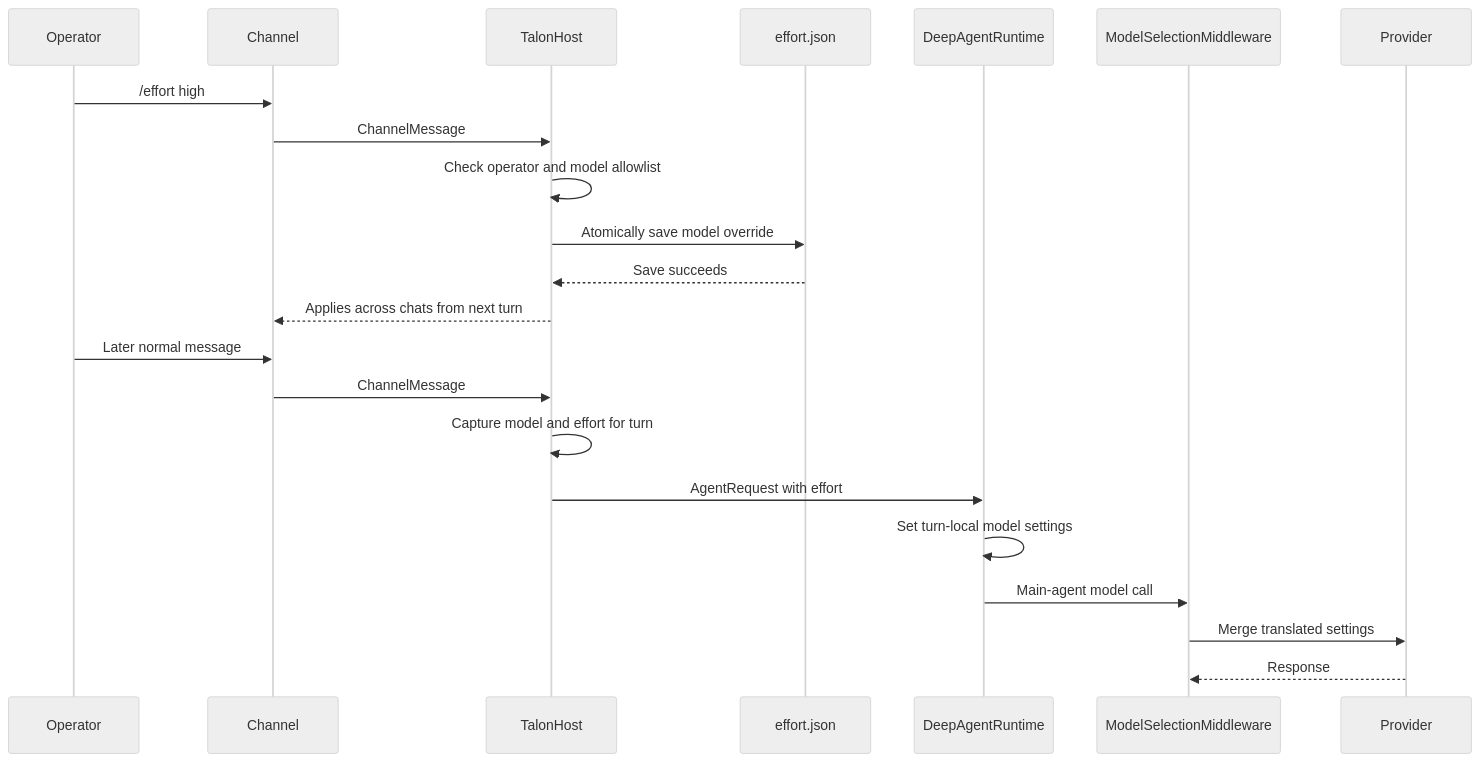
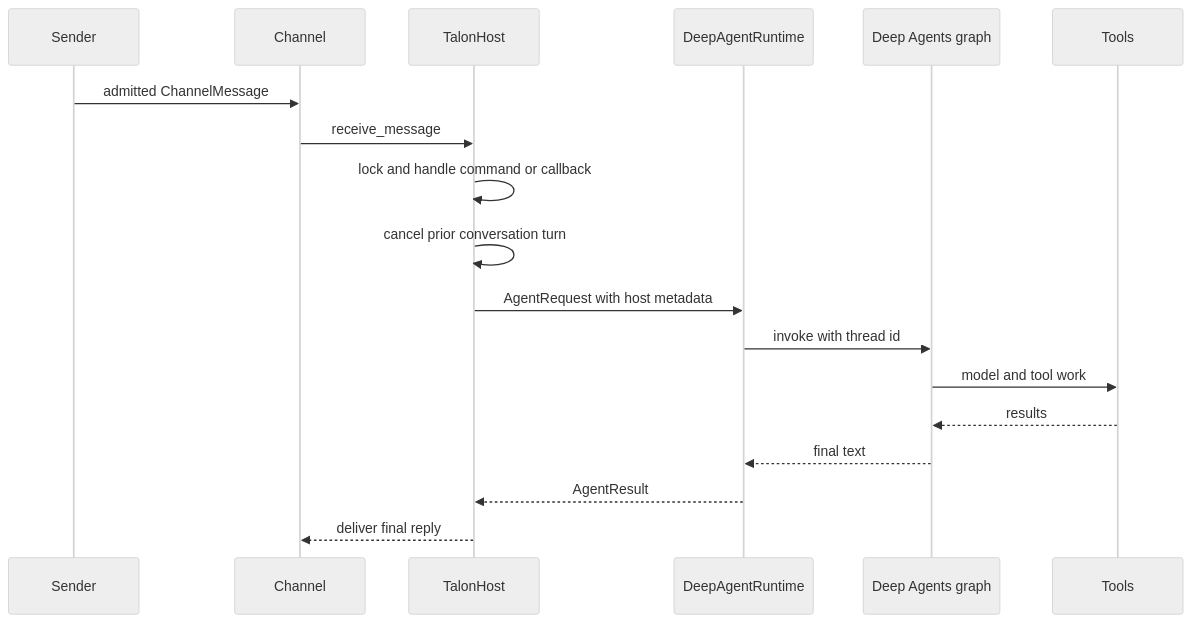
The diagram in openwiki/integrations/talon.md (langchain-ai/deepagents), drawn with Mermaid (neutral theme) before and after one commit. The commit also changed other lines of this file and 19 other files, not shown here.

````diff
--- a/openwiki/integrations/talon.md
+++ b/openwiki/integrations/talon.md
@@ -70,25 +49,21 @@
 ```mermaid
 sequenceDiagram
-    participant Operator
+    participant Sender
     participant Channel
     participant Host as TalonHost
-    participant Store as effort.json
     participant Runtime as DeepAgentRuntime
-    participant Middleware as ModelSelectionMiddleware
-    participant Provider
+    participant Graph as Deep Agents graph
+    participant Tools
 
-    Operator->>Channel: /effort high
-    Channel->>Host: ChannelMessage
-    Host->>Host: Check operator and model allowlist
-    Host->>Store: Atomically save model override
-    Store-->>Host: Save succeeds
-    Host-->>Channel: Applies across chats from next turn
-    Operator->>Channel: Later normal message
-    Channel->>Host: ChannelMessage
-    Host->>Host: Capture model and effort for turn
-    Host->>Runtime: AgentRequest with effort
-    Runtime->>Runtime: Set turn-local model settings
-    Runtime->>Middleware: Main-agent model call
-    Middleware->>Provider: Merge translated settings
-    Provider-->>Middleware: Response
+    Sender->>Channel: admitted ChannelMessage
+    Channel->>Host: receive_message
+    Host->>Host: lock and handle command or callback
+    Host->>Host: cancel prior conversation turn
+    Host->>Runtime: AgentRequest with host metadata
+    Runtime->>Graph: invoke with thread id
+    Graph->>Tools: model and tool work
+    Tools-->>Graph: results
+    Graph-->>Runtime: final text
+    Runtime-->>Host: AgentResult
+    Host-->>Channel: deliver final reply
 ```
````
